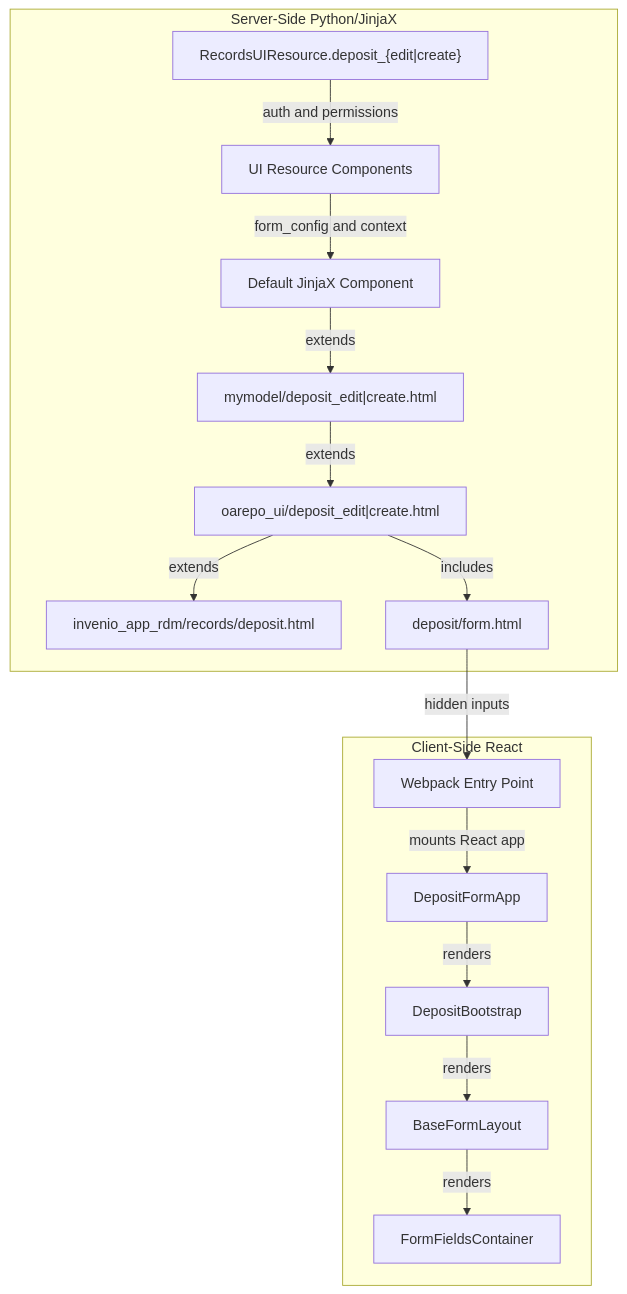
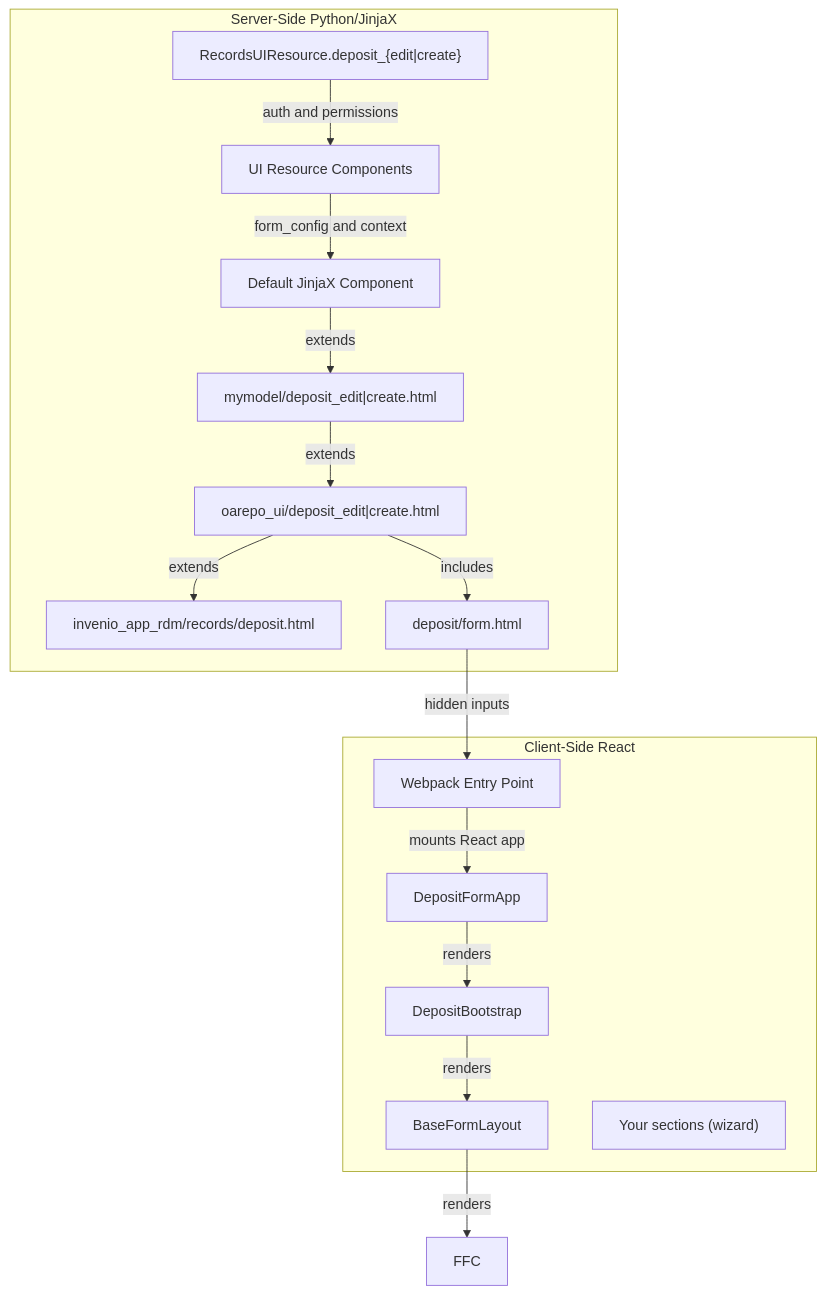
Before and after one commit to NRP-CZ/docs: the second of 2 diagrams in content/customize/model_ui/deposit.mdx, drawn with Mermaid. The commit also changed other lines of this file and 2 other files, not shown here.

````diff
--- a/content/customize/model_ui/deposit.mdx
+++ b/content/customize/model_ui/deposit.mdx
@@ -34,32 +34,32 @@
 ```mermaid
 graph TD
     subgraph ServerSide["Server-Side Python/JinjaX"]
         VR["RecordsUIResource.deposit_{edit|create}"]
         RC["UI Resource Components"]
         GC["Default JinjaX Component"]
         MT["mymodel/deposit_edit|create.html"]
         BT["oarepo_ui/deposit_edit|create.html"]
         ID["invenio_app_rdm/records/deposit.html"]
         FH["deposit/form.html"]
     end
 
     subgraph ClientSide["Client-Side React"]
         EP["Webpack Entry Point"]
         DFA["DepositFormApp"]
         DB["DepositBootstrap"]
         BFL["BaseFormLayout"]
-        FFC["FormFieldsContainer"]
+        SEC["Your sections (wizard)"]
     end
 
     VR -->|auth and permissions| RC
     RC -->|form_config and context| GC
     GC -->|extends| MT
     MT -->|extends| BT
     BT -->|extends| ID
     BT -->|includes| FH
     FH -->|hidden inputs| EP
     EP -->|mounts React app| DFA
     DFA -->|renders| DB
     DB -->|renders| BFL
     BFL -->|renders| FFC
 ```
````
